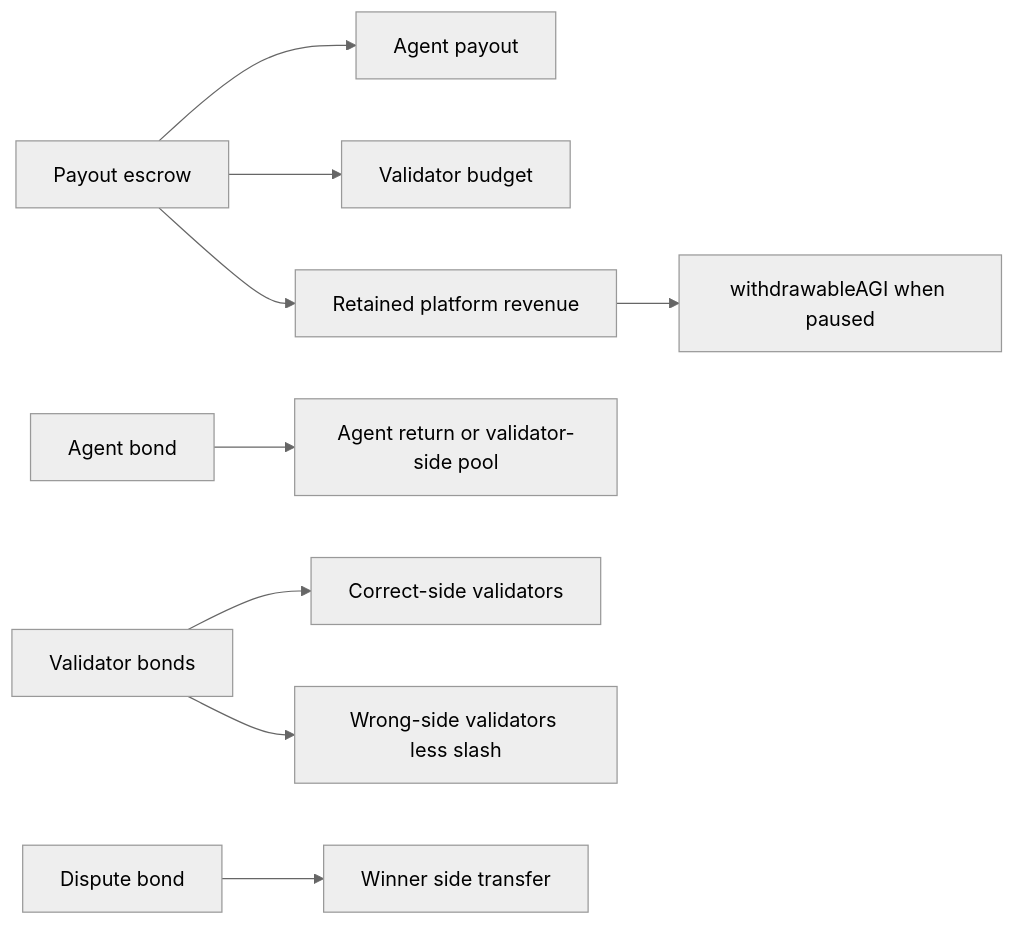
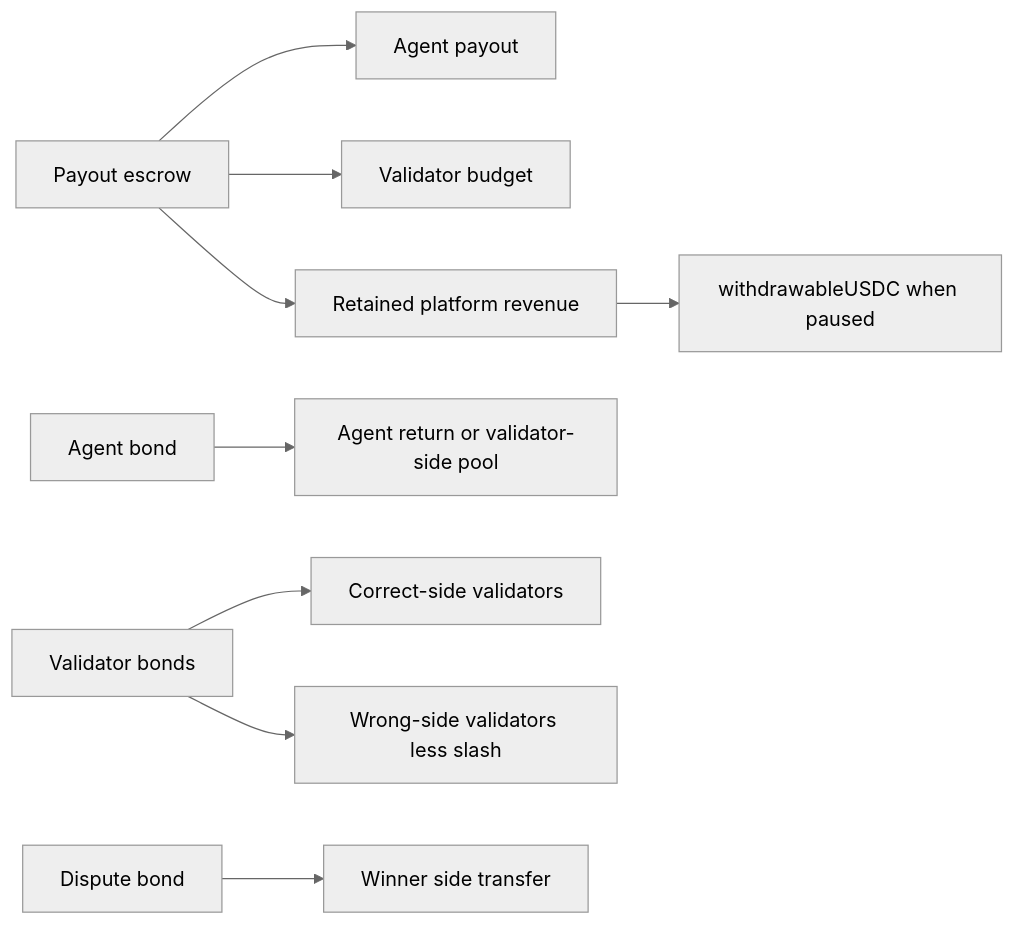
One commit to MontrealAI/AGIJobManager changed the third of 3 diagrams in docs/AGIJOBMANAGER.md. Above: the diagram before and after it, drawn with Mermaid (neutral theme). The commit also changed other lines of this file and 251 other files, not shown here.

````diff
--- a/docs/AGIJOBMANAGER.md
+++ b/docs/AGIJOBMANAGER.md
@@ -86,11 +86,11 @@
 ```mermaid
 flowchart LR
     Escrow[Payout escrow] --> Agent[Agent payout]
     Escrow --> Val[Validator budget]
     Escrow --> Retained[Retained platform revenue]
     AgentBond[Agent bond] --> AgentOrPool[Agent return or validator-side pool]
     ValBond[Validator bonds] --> Correct[Correct-side validators]
     ValBond --> Wrong[Wrong-side validators less slash]
     DisputeBond[Dispute bond] --> Winner[Winner side transfer]
-    Retained --> Treasury[withdrawableAGI when paused]
+    Retained --> Treasury[withdrawableUSDC when paused]
 ```
````
